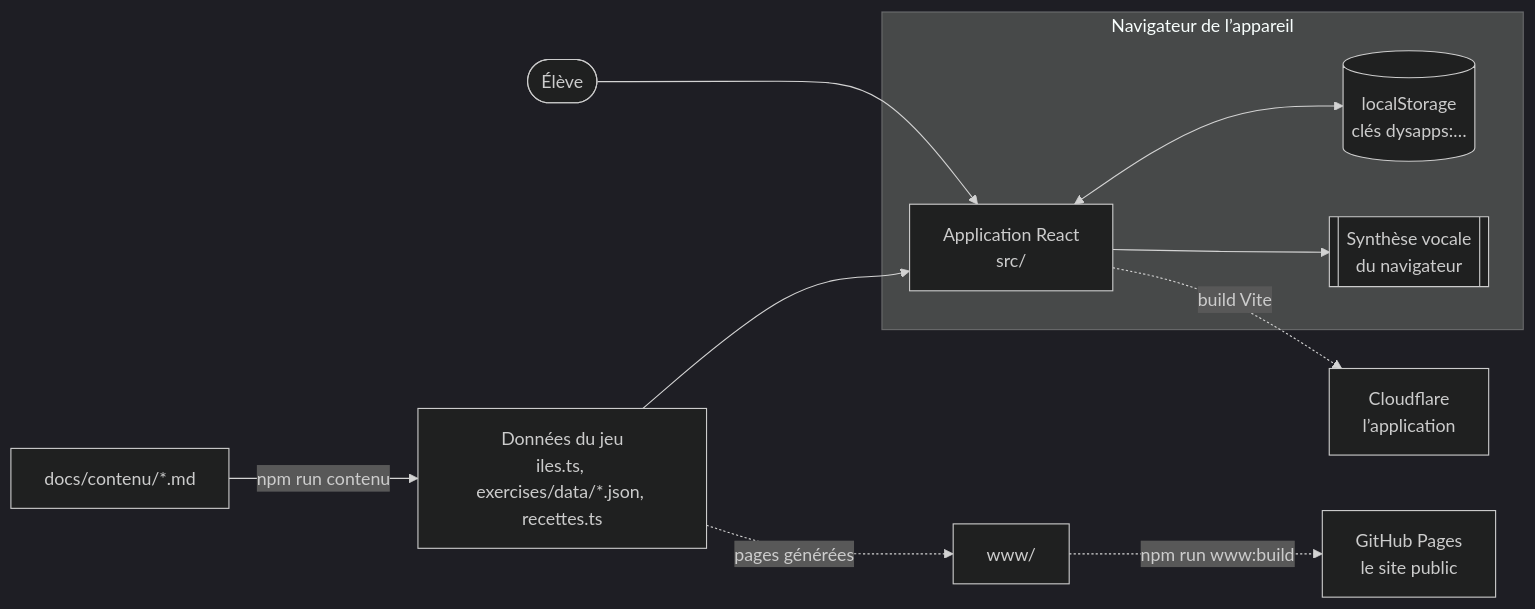
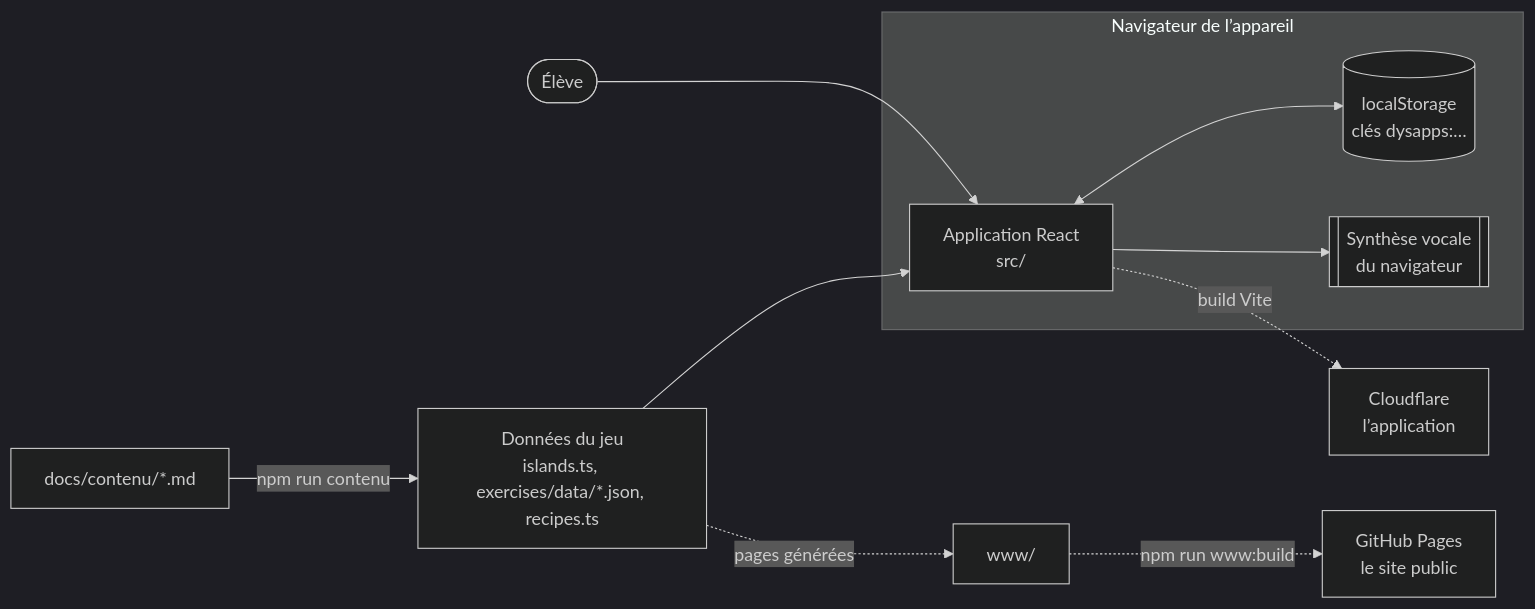
The first of 4 diagrams in docs/architecture/index.md (g7ed6e/dysapps), drawn with Mermaid (dark theme) before and after one commit. The commit also changed other lines of this file and 681 other files, not shown here.

````diff
--- a/docs/architecture/index.md
+++ b/docs/architecture/index.md
@@ -16,17 +16,17 @@
 ```mermaid
 flowchart LR
   eleve([Élève])
   subgraph navigateur[Navigateur de l’appareil]
     appli[Application React<br/>src/]
     stockage[(localStorage<br/>clés dysapps:…)]
     voix[[Synthèse vocale<br/>du navigateur]]
   end
-  contenu[docs/contenu/*.md] -- npm run contenu --> donnees[Données du jeu<br/>iles.ts, exercises/data/*.json, recettes.ts]
+  contenu[docs/contenu/*.md] -- npm run contenu --> donnees[Données du jeu<br/>islands.ts, exercises/data/*.json, recipes.ts]
   donnees --> appli
   appli <--> stockage
   appli --> voix
   eleve --> appli
   appli -. build Vite .-> cloudflare[Cloudflare<br/>l’application]
   www[www/] -. npm run www:build .-> pages[GitHub Pages<br/>le site public]
   donnees -. pages générées .-> www
 ```
````
